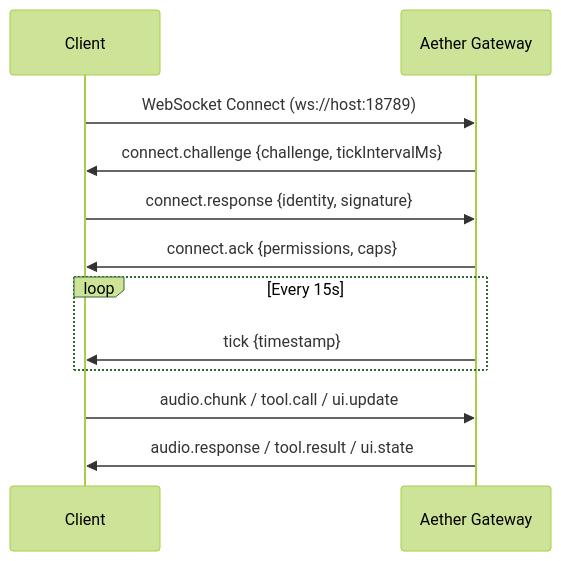
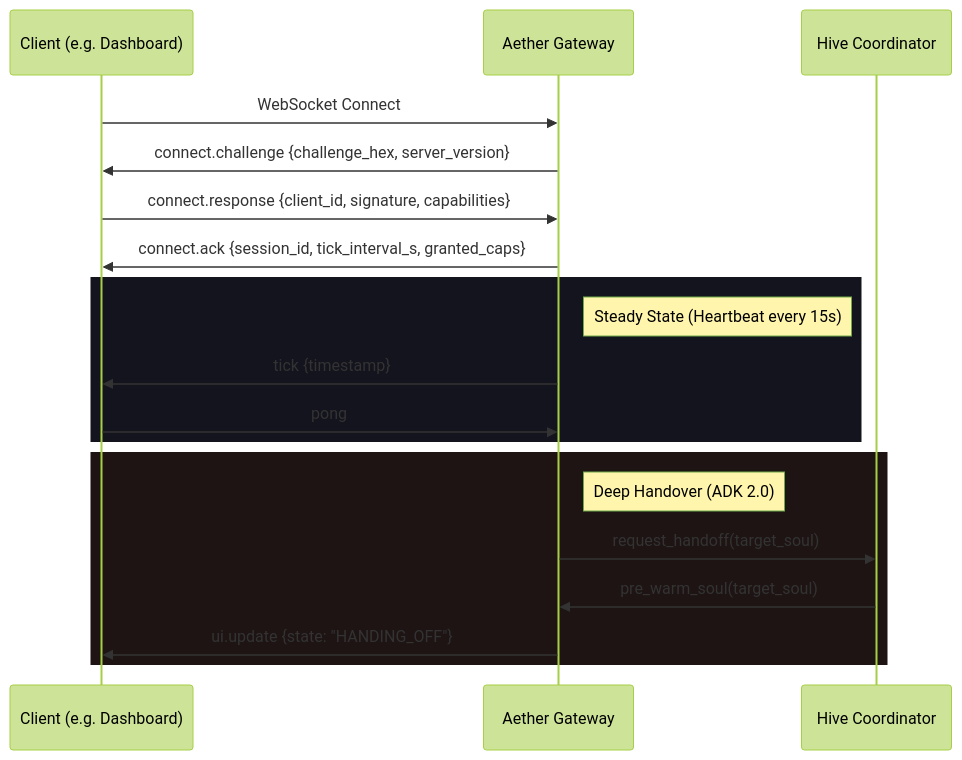
The diagram in docs/gateway_protocol.md (Moeabdelaziz007/Aether-Voice-OS), drawn with Mermaid (forest theme) before and after one commit. The commit also changed other lines of this file and 2 other files, not shown here.

Commit message:
feat: Implement E2E test for Aether Gateway secure handshake and revise package specification for enhanced identity and capabilities.

````diff
--- a/docs/gateway_protocol.md
+++ b/docs/gateway_protocol.md
@@ -10,17 +10,24 @@
 ```mermaid
 sequenceDiagram
-    participant C as Client
+    participant C as Client (e.g. Dashboard)
     participant G as Aether Gateway
+    participant H as Hive Coordinator
 
-    C->>G: WebSocket Connect (ws://host:18789)
-    G->>C: connect.challenge {challenge, tickIntervalMs}
-    C->>G: connect.response {identity, signature}
-    G->>C: connect.ack {permissions, caps}
+    C->>G: WebSocket Connect
+    G->>C: connect.challenge {challenge_hex, server_version}
+    C->>G: connect.response {client_id, signature, capabilities}
+    G->>C: connect.ack {session_id, tick_interval_s, granted_caps}
 
-    loop Every 15s
-        G->>C: tick {timestamp}
+    rect rgb(20, 20, 30)
+    Note right of G: Steady State (Heartbeat every 15s)
+    G->>C: tick {timestamp}
+    C->>G: pong
     end
 
-    C->>G: audio.chunk / tool.call / ui.update
-    G->>C: audio.response / tool.result / ui.state
+    rect rgb(30, 20, 20)
+    Note right of G: Deep Handover (ADK 2.0)
+    G->>H: request_handoff(target_soul)
+    H->>G: pre_warm_soul(target_soul)
+    G->>C: ui.update {state: "HANDING_OFF"}
+    end
 ```
````
